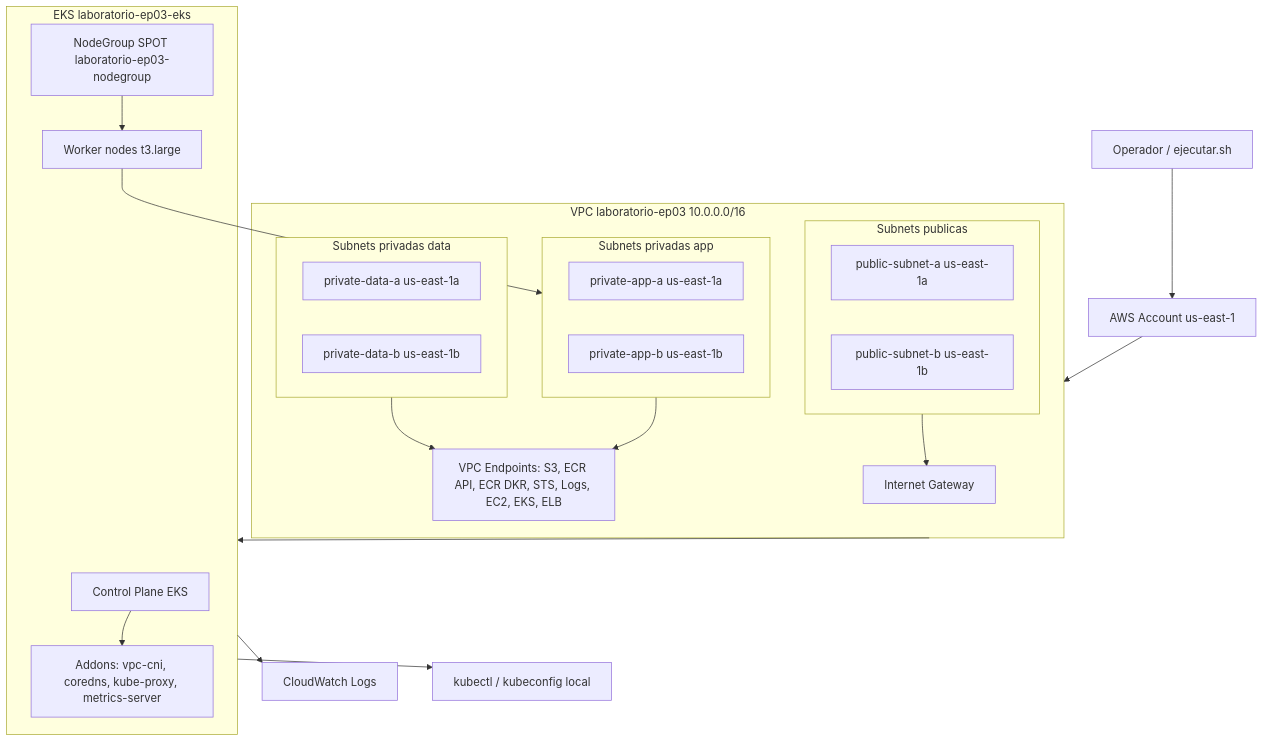
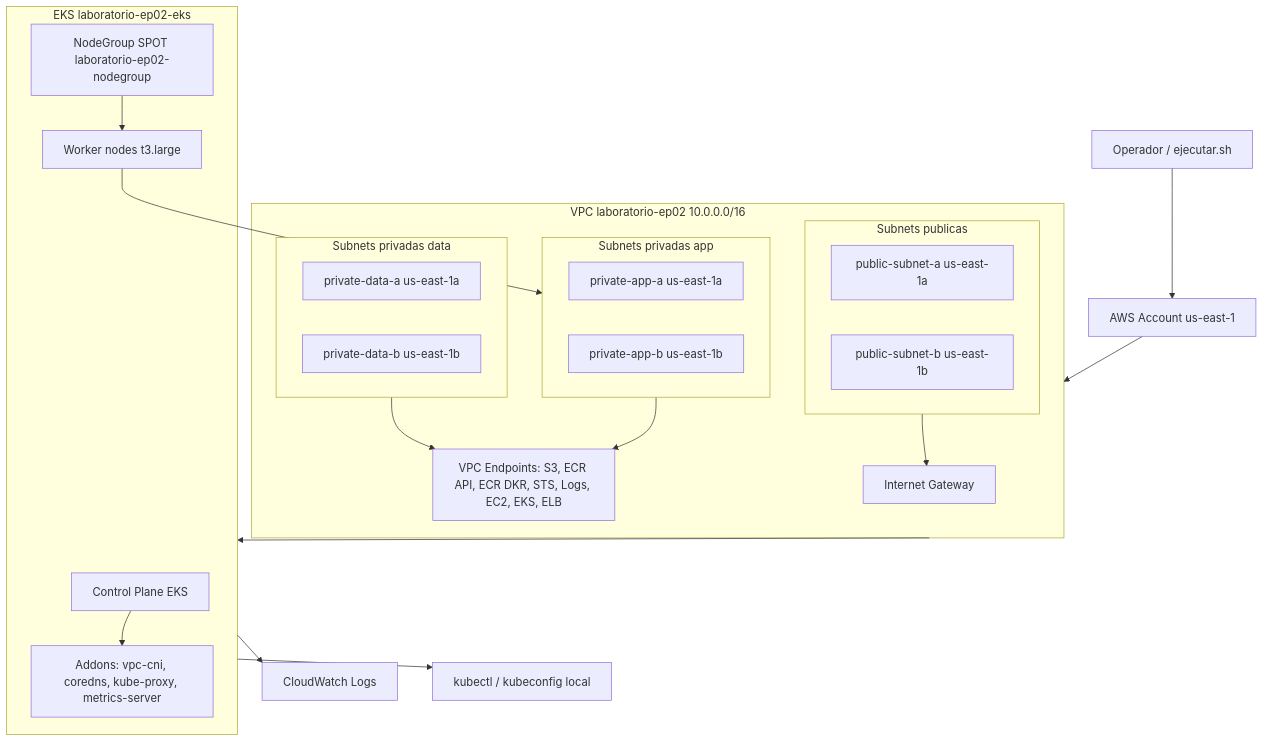
One commit to mauriciovelasquezduoc/202602Devops01 changed the diagram in bloque01-infra-k8s/README.md. Above: the diagram before and after it, drawn with Mermaid. The commit also changed other lines of this file and 82 other files, not shown here.

````diff
--- a/bloque01-infra-k8s/README.md
+++ b/bloque01-infra-k8s/README.md
@@ -26,45 +27,45 @@
 ```mermaid
 flowchart TB
     User[Operador / ejecutar.sh] --> AWS[AWS Account us-east-1]
 
-    subgraph VPC[VPC laboratorio-ep03 10.0.0.0/16]
+    subgraph VPC[VPC laboratorio-ep02 10.0.0.0/16]
         IGW[Internet Gateway]
 
         subgraph Public[Subnets publicas]
             PubA[public-subnet-a us-east-1a]
             PubB[public-subnet-b us-east-1b]
         end
 
         subgraph PrivateApp[Subnets privadas app]
             AppA[private-app-a us-east-1a]
             AppB[private-app-b us-east-1b]
         end
 
         subgraph PrivateData[Subnets privadas data]
             DataA[private-data-a us-east-1a]
             DataB[private-data-b us-east-1b]
         end
 
         Endpoints[VPC Endpoints: S3, ECR API, ECR DKR, STS, Logs, EC2, EKS, ELB]
     end
 
     AWS --> VPC
     Public --> IGW
     PrivateApp --> Endpoints
     PrivateData --> Endpoints
 
-    subgraph EKS[EKS laboratorio-ep03-eks]
+    subgraph EKS[EKS laboratorio-ep02-eks]
         ControlPlane[Control Plane EKS]
         Addons[Addons: vpc-cni, coredns, kube-proxy, metrics-server]
-        NodeGroup[NodeGroup SPOT laboratorio-ep03-nodegroup]
+        NodeGroup[NodeGroup SPOT laboratorio-ep02-nodegroup]
         Nodes[Worker nodes t3.large]
     end
 
     VPC --> EKS
     ControlPlane --> Addons
     NodeGroup --> Nodes
     Nodes --> PrivateApp
 
     EKS --> CW[CloudWatch Logs]
     EKS --> Kubectl[kubectl / kubeconfig local]
 ```
````
